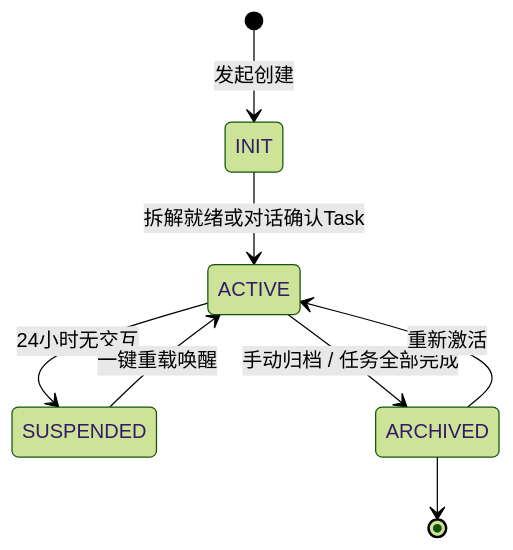
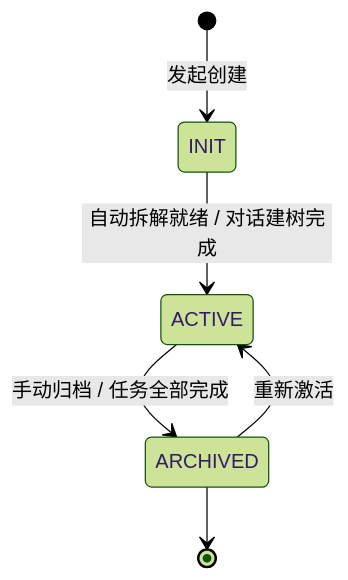
Before and after one commit to shanglihong/i-have-a-plan: the first of 7 diagrams in docs/04_interaction_design/flow_state_spec-v1.0.md, drawn with Mermaid (forest theme). The commit also changed other lines of this file and 1 other file, not shown here.

````diff
--- a/docs/04_interaction_design/flow_state_spec-v1.0.md
+++ b/docs/04_interaction_design/flow_state_spec-v1.0.md
@@ -15,10 +15,8 @@
 ```mermaid
 stateDiagram-v2
     [*] --> INIT : 发起创建
-    INIT --> ACTIVE : 拆解就绪或对话确认Task
-    ACTIVE --> SUSPENDED : 24小时无交互
-    SUSPENDED --> ACTIVE : 一键重载唤醒
+    INIT --> ACTIVE : 自动拆解就绪 / 对话建树完成
     ACTIVE --> ARCHIVED : 手动归档 / 任务全部完成
     ARCHIVED --> ACTIVE : 重新激活
     ARCHIVED --> [*]
 ```
````
